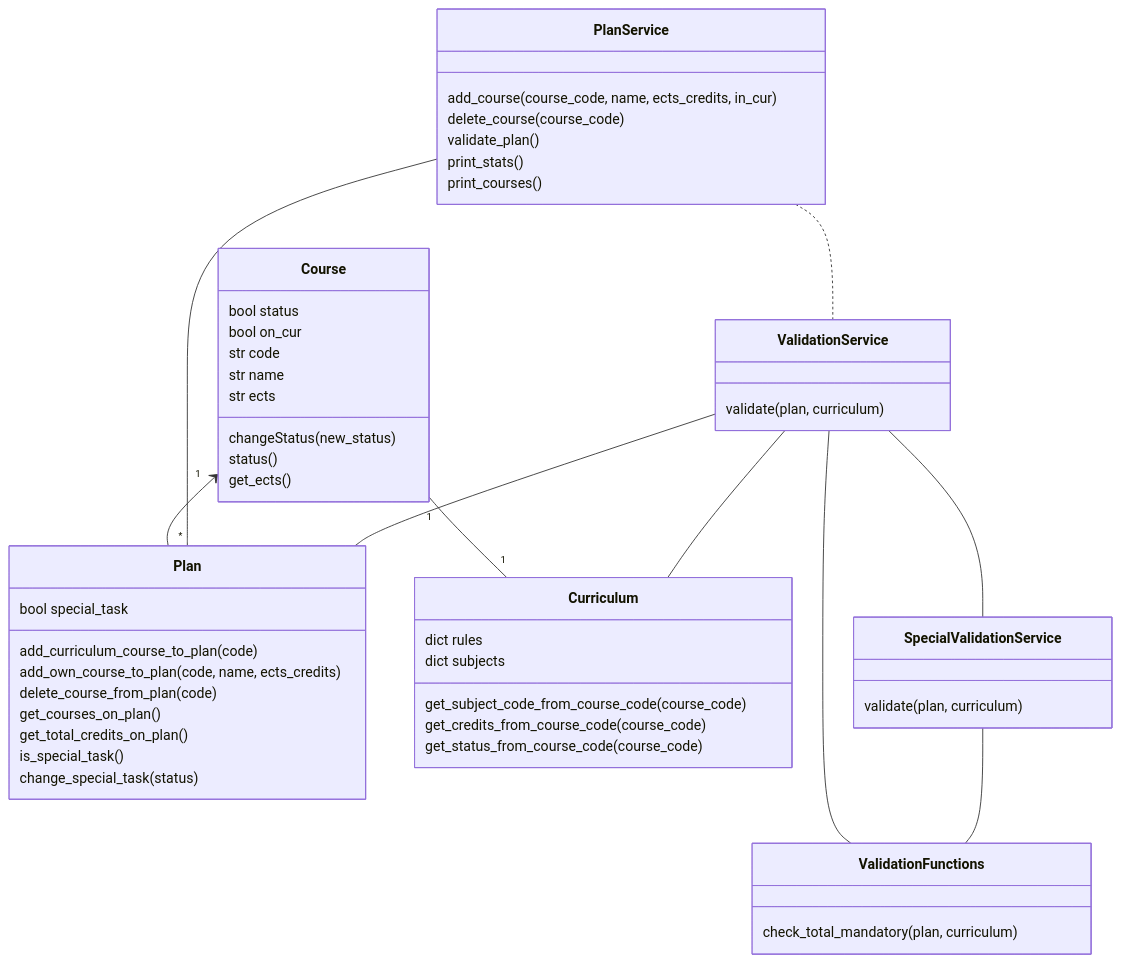
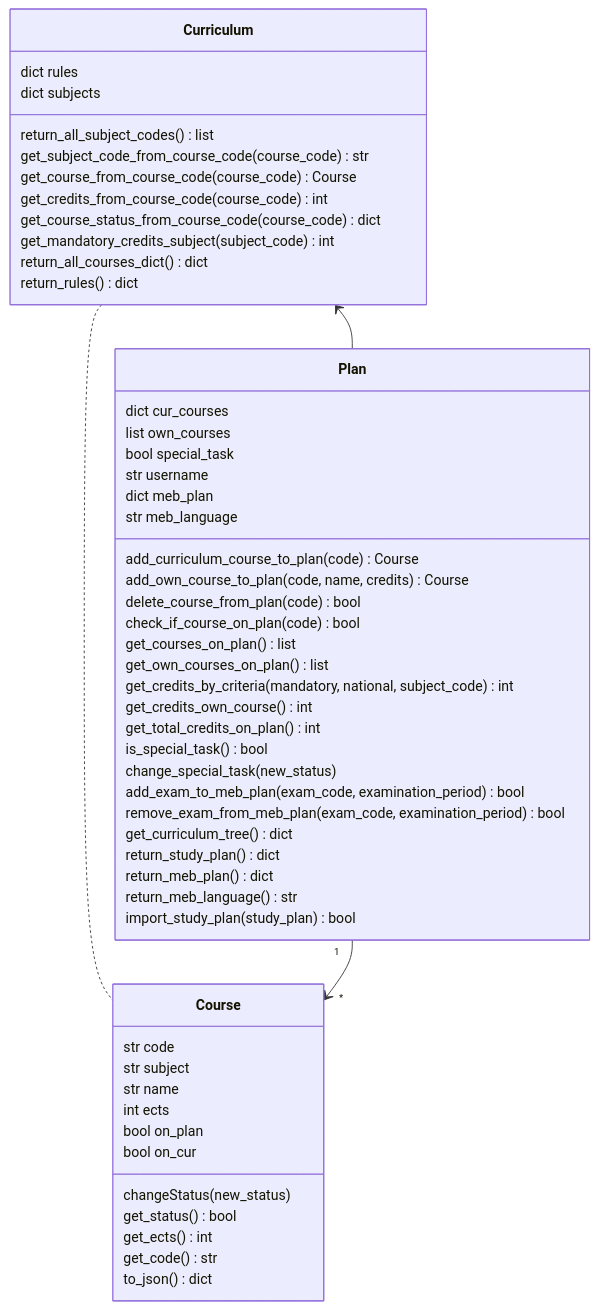
One commit to muukkto/ot-harjoitustyo changed the second of 4 diagrams in dokumentaatio/arkkitehtuuri.md. Above: the diagram before and after it, drawn with Mermaid. The commit also changed other lines of this file and 42 other files, not shown here.

````diff
--- a/dokumentaatio/arkkitehtuuri.md
+++ b/dokumentaatio/arkkitehtuuri.md
@@ -5,55 +72,61 @@
 ```mermaid
 classDiagram
-        class Course {
-            bool status
-            bool on_cur
-            str code
-            str name
-            str ects
-            changeStatus(new_status)
-            status()
-            get_ects()
-        }
-        class Plan {
-            bool special_task
-            add_curriculum_course_to_plan(code)
-            add_own_course_to_plan(code, name, ects_credits)
-            delete_course_from_plan(code)
-            get_courses_on_plan()
-            get_total_credits_on_plan()
-            is_special_task()
-            change_special_task(status)
-        }
-        class Curriculum {
-            dict rules
-            dict subjects
-            get_subject_code_from_course_code(course_code)
-            get_credits_from_course_code(course_code)
-            get_status_from_course_code(course_code)
-        }
-    Course "1" <-- "*" Plan
-    Course "1" -- "1" Curriculum
-        class PlanService {
-            add_course(course_code, name, ects_credits, in_cur)
-            delete_course(course_code)
-            validate_plan()
-            print_stats()
-            print_courses()
-        }
-        class ValidationService {
-            validate(plan, curriculum)
-        }
-        class ValidationFunctions {
-            check_total_mandatory(plan, curriculum)
-        }
-        class SpecialValidationService {
-            validate(plan, curriculum)
-        }
-    ValidationService -- SpecialValidationService
-    ValidationService -- ValidationFunctions
-    SpecialValidationService -- ValidationFunctions
-    PlanService .. ValidationService
-    PlanService -- Plan
-    ValidationService -- Plan
-    ValidationService -- Curriculum
+    class Course {
+        str code
+        str subject
+        str name
+        int ects
+        bool on_plan
+        bool on_cur
+        changeStatus(new_status)
+        get_status() bool
+        get_ects() int
+        get_code() str
+        to_json() dict
+    }
+
+    class Plan {
+        dict cur_courses
+        list own_courses
+        bool special_task
+        str username
+        dict meb_plan
+        str meb_language
+        add_curriculum_course_to_plan(code) Course
+        add_own_course_to_plan(code, name, credits) Course
+        delete_course_from_plan(code) bool
+        check_if_course_on_plan(code) bool
+        get_courses_on_plan() list
+        get_own_courses_on_plan() list
+        get_credits_by_criteria(mandatory, national, subject_code) int
+        get_credits_own_course() int
+        get_total_credits_on_plan() int
+        is_special_task() bool
+        change_special_task(new_status)
+        add_exam_to_meb_plan(exam_code, examination_period) bool
+        remove_exam_from_meb_plan(exam_code, examination_period) bool
+        get_curriculum_tree() dict
+        return_study_plan() dict
+        return_meb_plan() dict
+        return_meb_language() str
+        import_study_plan(study_plan) bool
+    }
+
+    class Curriculum {
+        dict rules
+        dict subjects
+        return_all_subject_codes() list
+        get_subject_code_from_course_code(course_code) str
+        get_course_from_course_code(course_code) Course
+        get_credits_from_course_code(course_code) int
+        get_course_status_from_course_code(course_code) dict
+        get_mandatory_credits_subject(subject_code) int
+        return_all_courses_dict() dict
+        return_rules() dict
+    }
+
+    Curriculum <-- Plan
+    Curriculum .. Course
+    Plan "1" --> "*" Course
+
 ```
````
